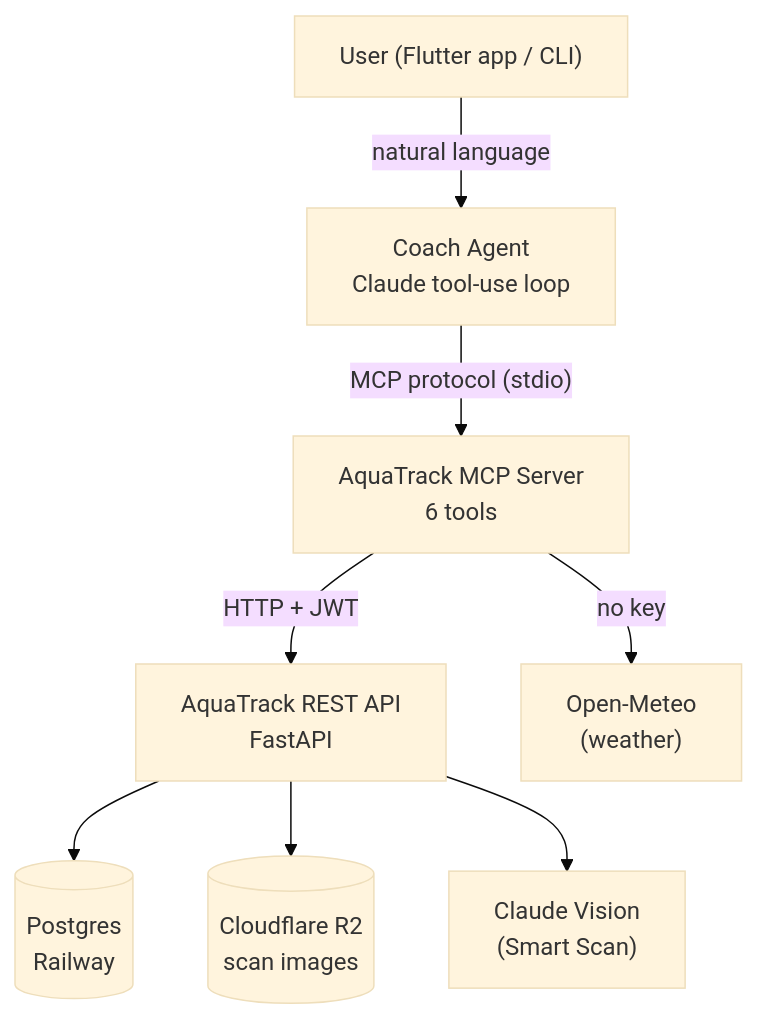
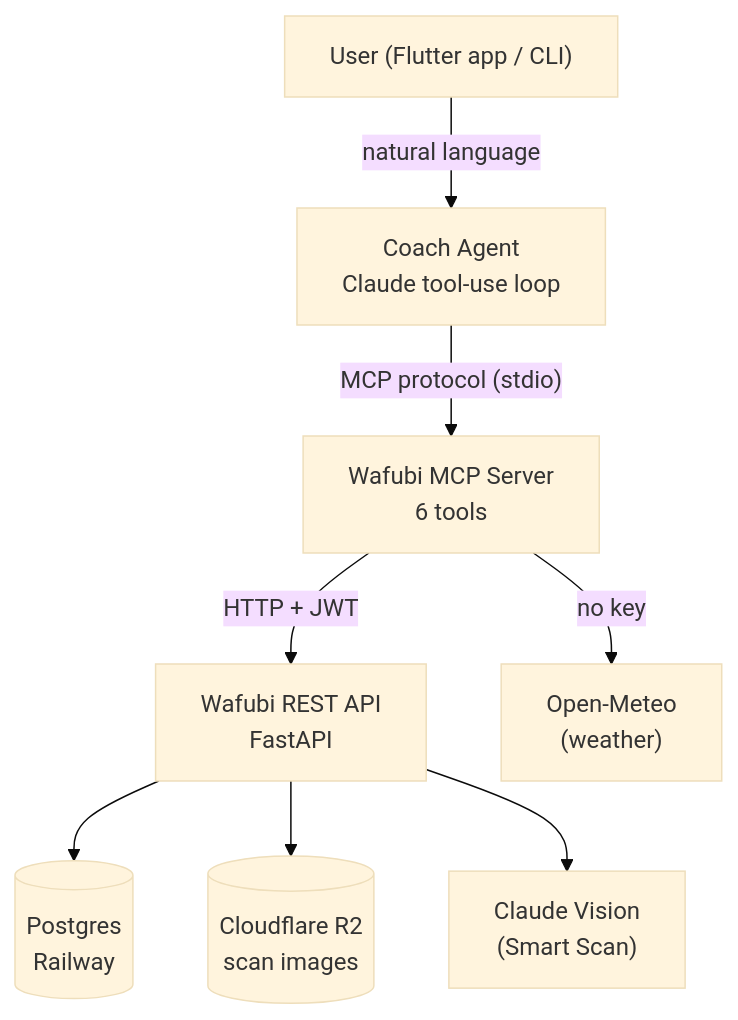
The diagram in README.md (Billy3005/AquaTrack), drawn with Mermaid (base theme) before and after one commit. The commit also changed other lines of this file and 101 other files, not shown here.

First line of the commit message:
refactor: rename the app from AquaTrack to Wafubi

````diff
--- a/README.md
+++ b/README.md
@@ -46,10 +46,10 @@
 ```mermaid
 flowchart TD
     U["User (Flutter app / CLI)"] -->|"natural language"| A
     A["Coach Agent<br/>Claude tool-use loop"] -->|"MCP protocol (stdio)"| M
-    M["AquaTrack MCP Server<br/>6 tools"] -->|"HTTP + JWT"| API
+    M["Wafubi MCP Server<br/>6 tools"] -->|"HTTP + JWT"| API
     M -->|"no key"| OM["Open-Meteo<br/>(weather)"]
-    API["AquaTrack REST API<br/>FastAPI"] --> PG[("Postgres<br/>Railway")]
+    API["Wafubi REST API<br/>FastAPI"] --> PG[("Postgres<br/>Railway")]
     API --> R2[("Cloudflare R2<br/>scan images")]
     API --> CV["Claude Vision<br/>(Smart Scan)"]
 ```
````
